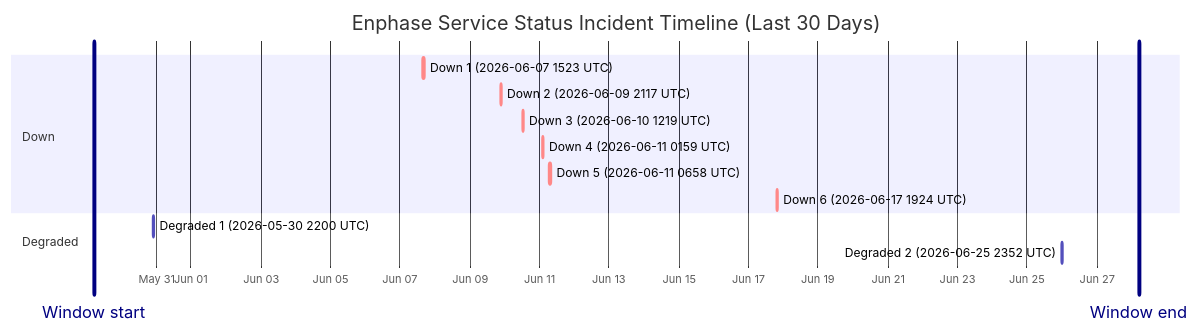
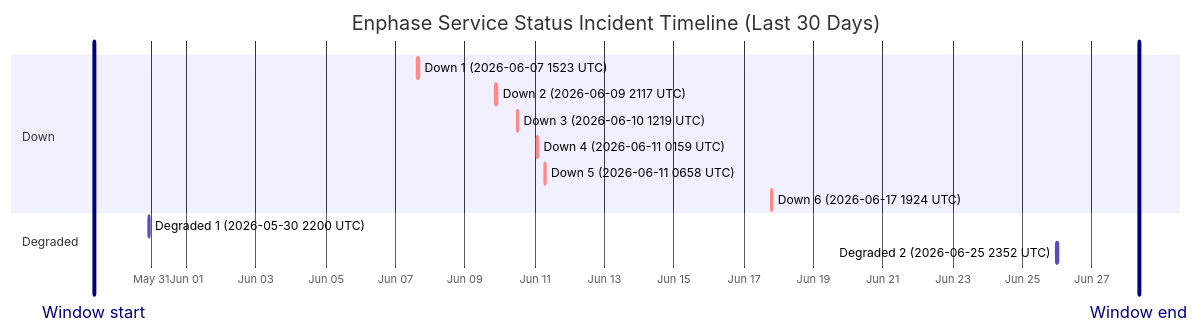
The diagram in wiki/Service-Status-History.md (barneyonline/ha-enphase-energy), drawn with Mermaid before and after one commit. The commit also changed other lines of this file and 3 other files, not shown here.

````diff
--- a/wiki/Service-Status-History.md
+++ b/wiki/Service-Status-History.md
@@ -14,18 +14,18 @@
 ```mermaid
 gantt
     title Enphase Service Status Incident Timeline (Last 30 Days)
     dateFormat  YYYY-MM-DDTHH:mm:ss
     axisFormat  %b %d
-    Window start :vert, window-start, 2026-05-29T04:59:37, 0ms
-    Window end :vert, window-end, 2026-06-28T04:59:37, 0ms
+    Window start :vert, window-start, 2026-05-29T08:26:18, 0ms
+    Window end :vert, window-end, 2026-06-28T08:26:18, 0ms
     section Down
     Down 1 (2026-06-07 1523 UTC) :crit, down-1, 2026-06-07T15:23:22, 87m
     Down 2 (2026-06-09 2117 UTC) :crit, down-2, 2026-06-09T21:17:17, 60m
     Down 3 (2026-06-10 1219 UTC) :crit, down-3, 2026-06-10T12:19:21, 60m
     Down 4 (2026-06-11 0159 UTC) :crit, down-4, 2026-06-11T01:59:36, 60m
     Down 5 (2026-06-11 0658 UTC) :crit, down-5, 2026-06-11T06:58:45, 60m
     Down 6 (2026-06-17 1924 UTC) :crit, down-6, 2026-06-17T19:24:51, 60m
     section Degraded
     Degraded 1 (2026-05-30 2200 UTC) :active, degraded-1, 2026-05-30T22:00:37, 60m
     Degraded 2 (2026-06-25 2352 UTC) :active, degraded-2, 2026-06-25T23:52:01, 60m
 ```
````
